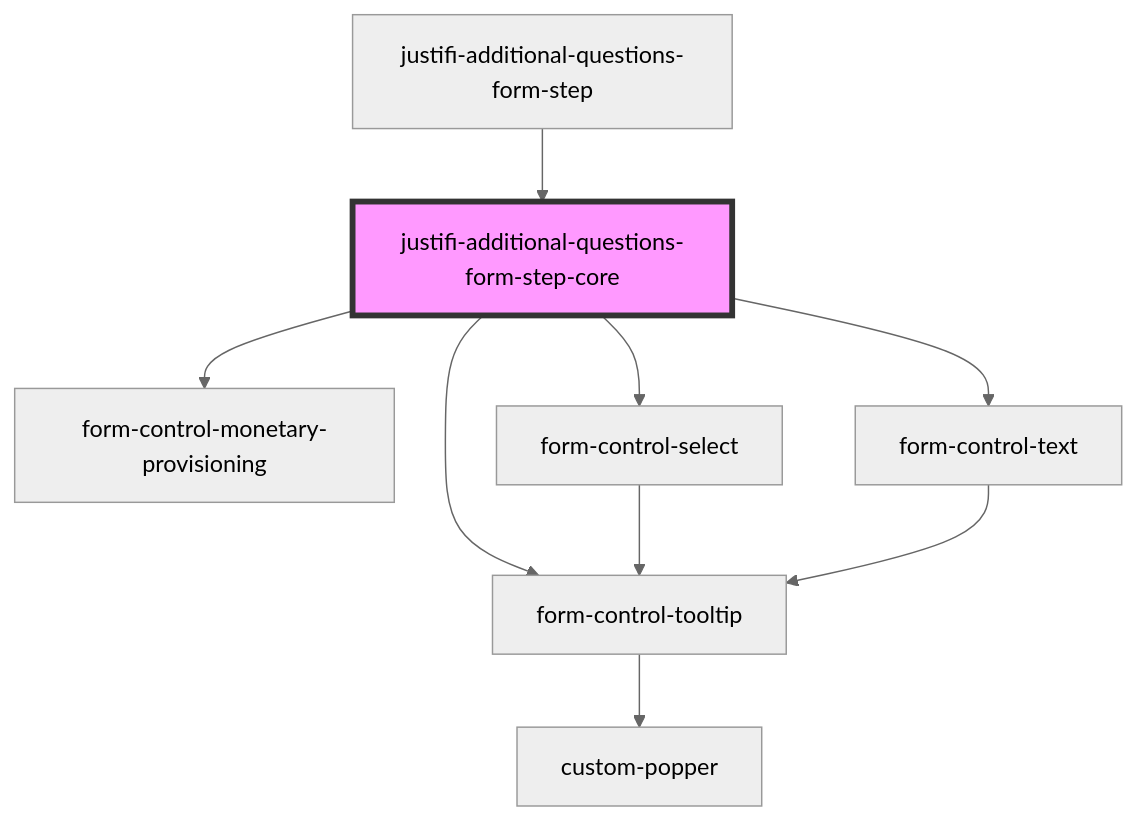
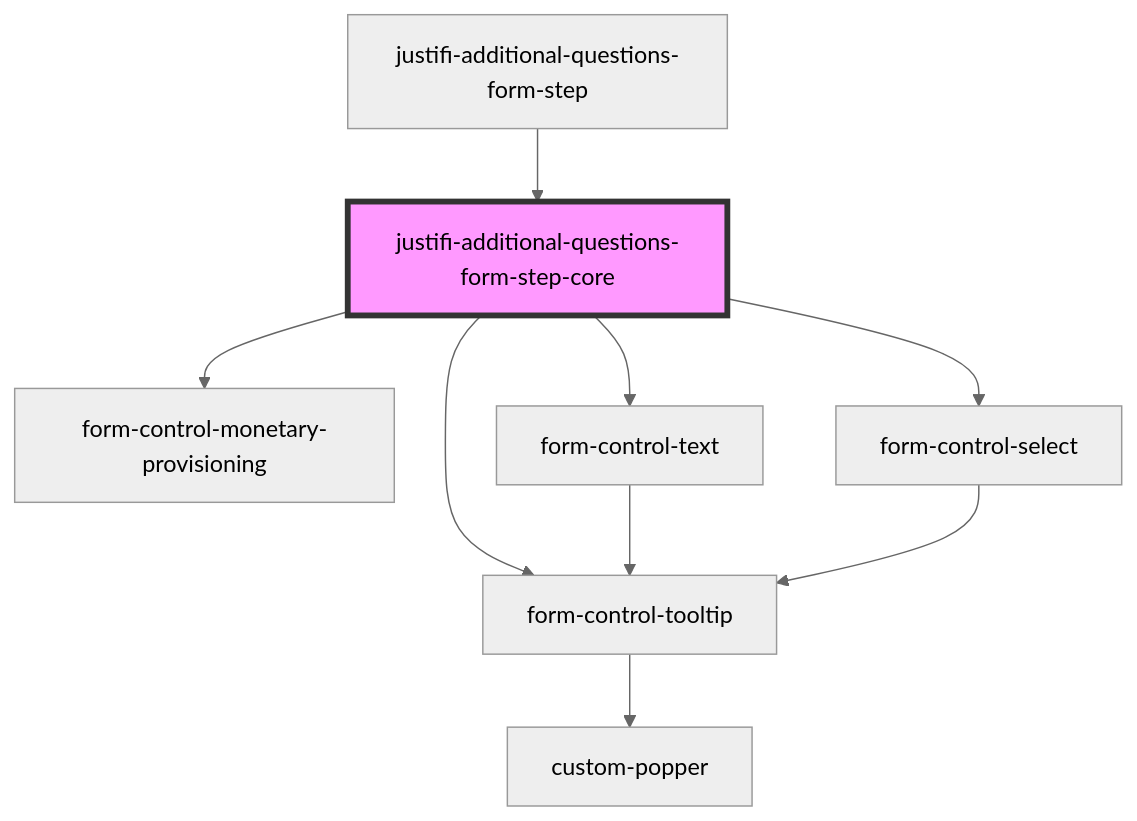
One commit to justifi-tech/web-component-library changed the diagram in packages/webcomponents/src/components/business-forms/payment-provisioning/additional-questions/readme.md. Above: the diagram before and after it, drawn with Mermaid (neutral theme). The commit also changed other lines of this file and 2 other files, not shown here.

````diff
--- a/packages/webcomponents/src/components/business-forms/payment-provisioning/additional-questions/readme.md
+++ b/packages/webcomponents/src/components/business-forms/payment-provisioning/additional-questions/readme.md
@@ -59,12 +59,12 @@
 ```mermaid
 graph TD;
   justifi-additional-questions-form-step-core --> form-control-tooltip
   justifi-additional-questions-form-step-core --> form-control-monetary-provisioning
+  justifi-additional-questions-form-step-core --> form-control-text
   justifi-additional-questions-form-step-core --> form-control-select
-  justifi-additional-questions-form-step-core --> form-control-text
   form-control-tooltip --> custom-popper
+  form-control-text --> form-control-tooltip
   form-control-select --> form-control-tooltip
-  form-control-text --> form-control-tooltip
   justifi-additional-questions-form-step --> justifi-additional-questions-form-step-core
   style justifi-additional-questions-form-step-core fill:#f9f,stroke:#333,stroke-width:4px
 ```
````
